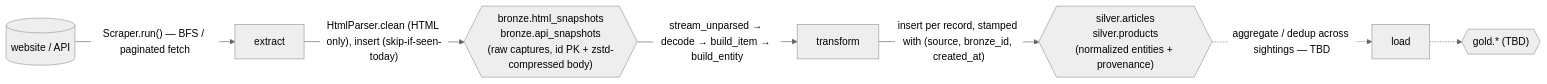
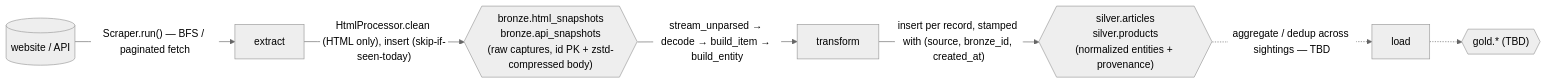
The second of 3 diagrams in README.md (quanturtle/galactus), drawn with Mermaid (neutral theme) before and after one commit. The commit also changed other lines of this file and 3 other files, not shown here.

First line of the commit message:
extract: rename HtmlParser to HtmlProcessor, make it optional on BaseScraper

````diff
--- a/README.md
+++ b/README.md
@@ -152,9 +152,9 @@
 ```mermaid
 flowchart LR
     SRC[("website / API")] -->|"Scraper.run() — BFS / paginated fetch"| EX[extract]
-    EX -->|"HtmlParser.clean (HTML only), insert (skip-if-seen-today)"| BR{{"bronze.html_snapshots<br/>bronze.api_snapshots<br/>(raw captures, id PK + zstd-compressed body)"}}
+    EX -->|"HtmlProcessor.clean (HTML only), insert (skip-if-seen-today)"| BR{{"bronze.html_snapshots<br/>bronze.api_snapshots<br/>(raw captures, id PK + zstd-compressed body)"}}
     BR -->|"stream_unparsed → decode → build_item → build_entity"| TR[transform]
     TR -->|"insert per record, stamped with (source, bronze_id, created_at)"| SV{{"silver.articles<br/>silver.products<br/>(normalized entities + provenance)"}}
     SV -.->|"aggregate / dedup across sightings — TBD"| LD[load]
     LD -.-> GD{{"gold.* (TBD)"}}
 ```
````
